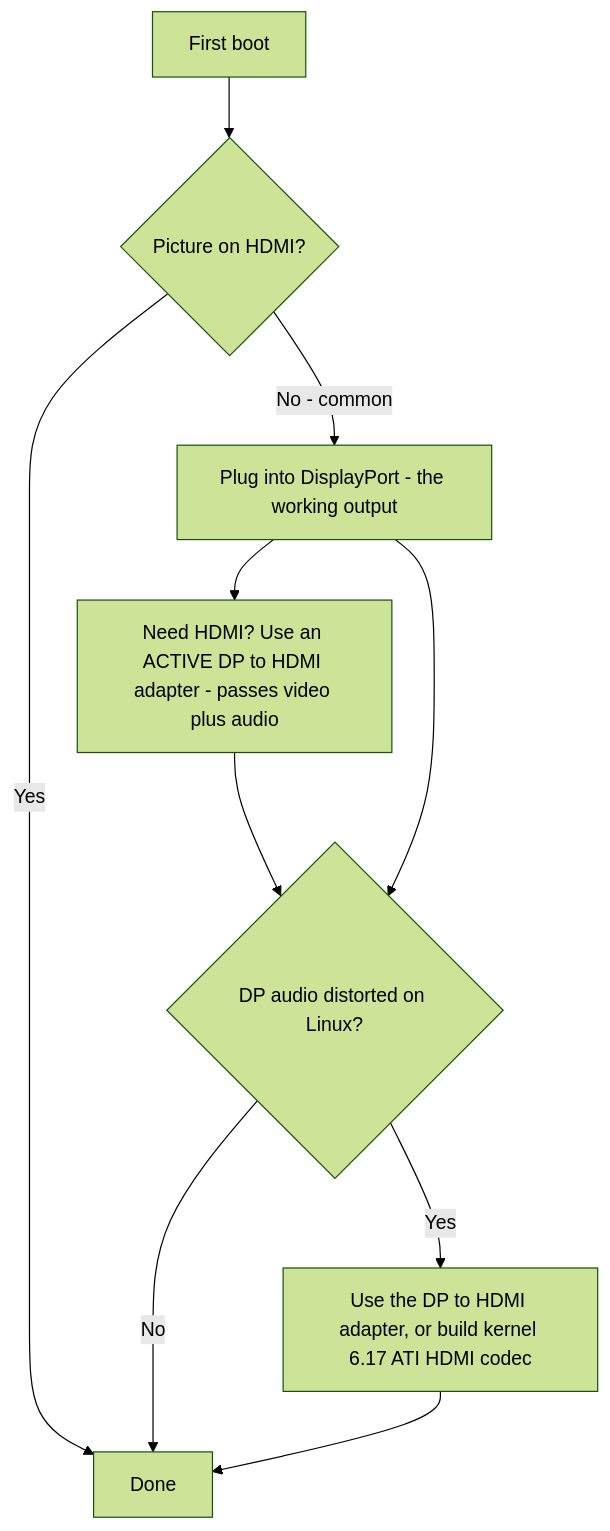
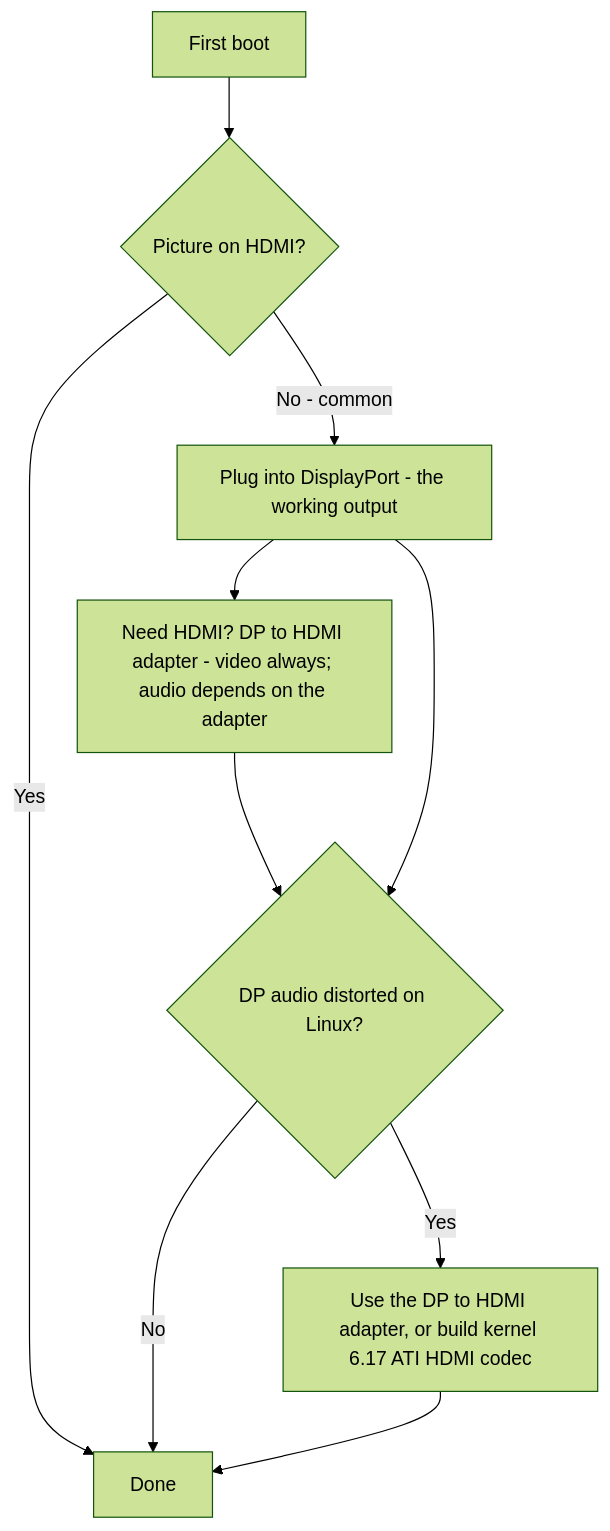
One commit to kalpakprod/awesome-bc250 changed the diagram in docs/en/14-display.md. Above: the diagram before and after it, drawn with Mermaid (forest theme). The commit also changed other lines of this file and 9 other files, not shown here.

````diff
--- a/docs/en/14-display.md
+++ b/docs/en/14-display.md
@@ -18,12 +18,12 @@
 ```mermaid
 flowchart TD
     A["First boot"] --> B{"Picture on HDMI?"}
     B -->|"No - common"| C["Plug into DisplayPort - the working output"]
     B -->|"Yes"| Z["Done"]
-    C --> D["Need HDMI? Use an ACTIVE DP to HDMI adapter - passes video plus audio"]
+    C --> D["Need HDMI? DP to HDMI adapter - video always; audio depends on the adapter"]
     D --> E{"DP audio distorted on Linux?"}
     C --> E
     E -->|"Yes"| F["Use the DP to HDMI adapter, or build kernel 6.17 ATI HDMI codec"]
     E -->|"No"| Z
     F --> Z
 ```
````
